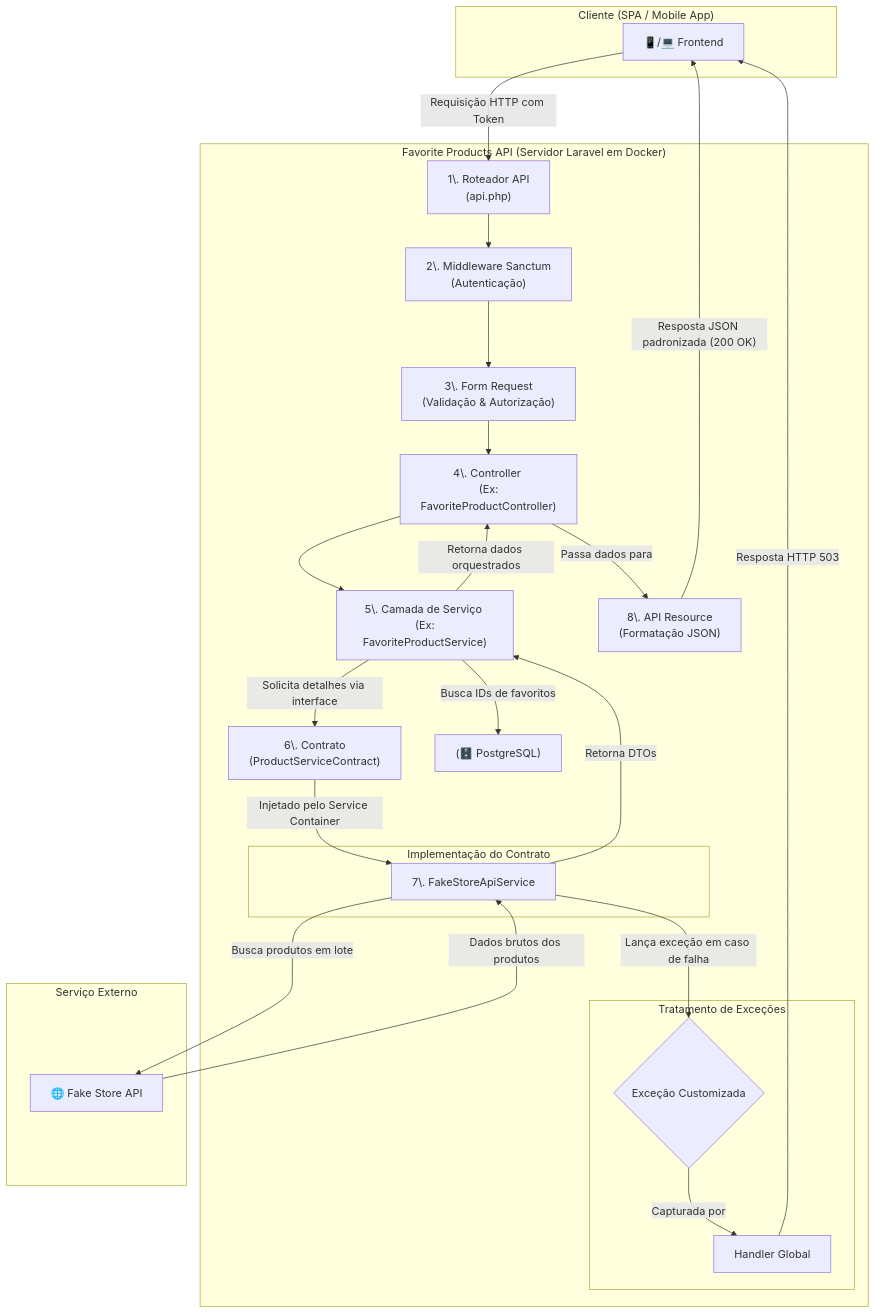
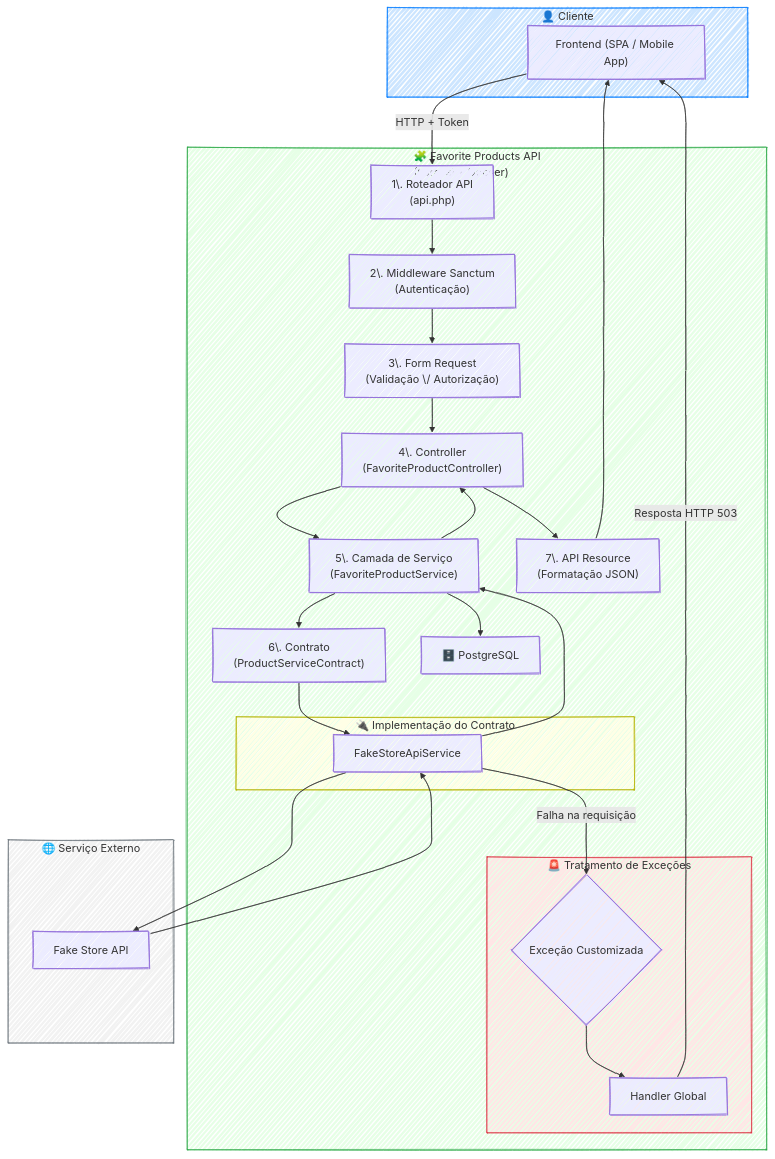
Before and after one commit to lfrichter/favorite-products-api: the diagram in README.md, drawn with Mermaid.

Commit message:
Added architect diagram to readme

````diff
--- a/README.md
+++ b/README.md
@@ -246,48 +246,65 @@
 ```mermaid
-graph TD
-    subgraph "Cliente (SPA / Mobile App)"
-        Client[📱/💻 Frontend]
+---
+config:
+  theme: default
+  look: handDrawn
+---
+flowchart TD
+    %% --- CLIENTE ---
+    subgraph C["👤 Cliente"]
+        style C fill:#cce5ff,stroke:#007bff,stroke-width:1px
+        Client["Frontend (SPA / Mobile App)"]
     end
 
-    subgraph "Favorite Products API (Servidor Laravel em Docker)"
-        Router["1\. Roteador API <br> (api.php)"]
-        Middleware["2\. Middleware Sanctum <br> (Autenticação)"]
-        Controller["4\. Controller <br> (Ex: FavoriteProductController)"]
-        FormRequest["3\. Form Request <br> (Validação & Autorização)"]
-        Service["5\. Camada de Serviço <br> (Ex: FavoriteProductService)"]
-        Contract["6\. Contrato <br> (ProductServiceContract)"]
-        ApiResource["8\. API Resource <br> (Formatação JSON)"]
-        DB["(🗄️ PostgreSQL)"]
+    %% --- API ---
+    subgraph A["🧩 Favorite Products API<br>(Laravel + Docker)"]
+        style A fill:#e6ffe6,stroke:#28a745,stroke-width:1px
 
-        subgraph "Implementação do Contrato"
-            FakeStoreService["7\. FakeStoreApiService"]
+        Router["1\. Roteador API<br>(api.php)"]
+        Middleware["2\. Middleware Sanctum<br>(Autenticação)"]
+        FormRequest["3\. Form Request<br>(Validação \/ Autorização)"]
+        Controller["4\. Controller<br>(FavoriteProductController)"]
+        Service["5\. Camada de Serviço<br>(FavoriteProductService)"]
+        Contract["6\. Contrato<br>(ProductServiceContract)"]
+        ApiResource["7\. API Resource<br>(Formatação JSON)"]
+        DB["🗄️ PostgreSQL"]
+
+        subgraph Impl["🔌 Implementação do Contrato"]
+            style Impl fill:#ffffe6,stroke:#b3b300,stroke-width:1px
+            FakeStoreService["FakeStoreApiService"]
         end
 
-        subgraph "Tratamento de Exceções"
-            Handler[Handler Global]
-            CustomException{Exceção Customizada}
+        subgraph Err["🚨 Tratamento de Exceções"]
+            style Err fill:#ffe6e6,stroke:#dc3545,stroke-width:1px
+            Handler["Handler Global"]
+            CustomException{"Exceção Customizada"}
         end
     end
 
-    subgraph "Serviço Externo"
-        FakeStoreAPI[🌐 Fake Store API]
+    %% --- SERVIÇO EXTERNO ---
+    subgraph E["🌐 Serviço Externo"]
+        style E fill:#f2f2f2,stroke:#6c757d,stroke-width:1px
+        FakeStoreAPI["Fake Store API"]
     end
 
-    Client --"Requisição HTTP com Token"--> Router
+    %% --- FLUXO PRINCIPAL ---
+    Client -- "HTTP + Token" --> Router
     Router --> Middleware
     Middleware --> FormRequest
     FormRequest --> Controller
     Controller --> Service
-    Service --"Busca IDs de favoritos"--> DB
-    Service --"Solicita detalhes via interface"--> Contract
-    Contract --"Injetado pelo Service Container"--> FakeStoreService
-    FakeStoreService --"Busca produtos em lote"--> FakeStoreAPI
-    FakeStoreAPI --"Dados brutos dos produtos"--> FakeStoreService
-    FakeStoreService --"Lança exceção em caso de falha"--> CustomException
-    CustomException --"Capturada por"--> Handler
-    Handler --"Resposta HTTP 503"--> Client
-    FakeStoreService --"Retorna DTOs"--> Service
-    Service --"Retorna dados orquestrados"--> Controller
-    Controller --"Passa dados para"--> ApiResource
-    ApiResource --"Resposta JSON padronizada (200 OK)"--> Client
+    Service --> DB
+    Service --> Contract
+    Contract --> FakeStoreService
+    FakeStoreService --> FakeStoreAPI
+    FakeStoreAPI --> FakeStoreService
+    FakeStoreService --> Service
+    Service --> Controller
+    Controller --> ApiResource
+    ApiResource --> Client
+
+    %% --- FLUXO DE EXCEÇÕES ---
+    FakeStoreService -- "Falha na requisição" --> CustomException
+    CustomException --> Handler
+    Handler -- "Resposta HTTP 503" --> Client
 ```
````
